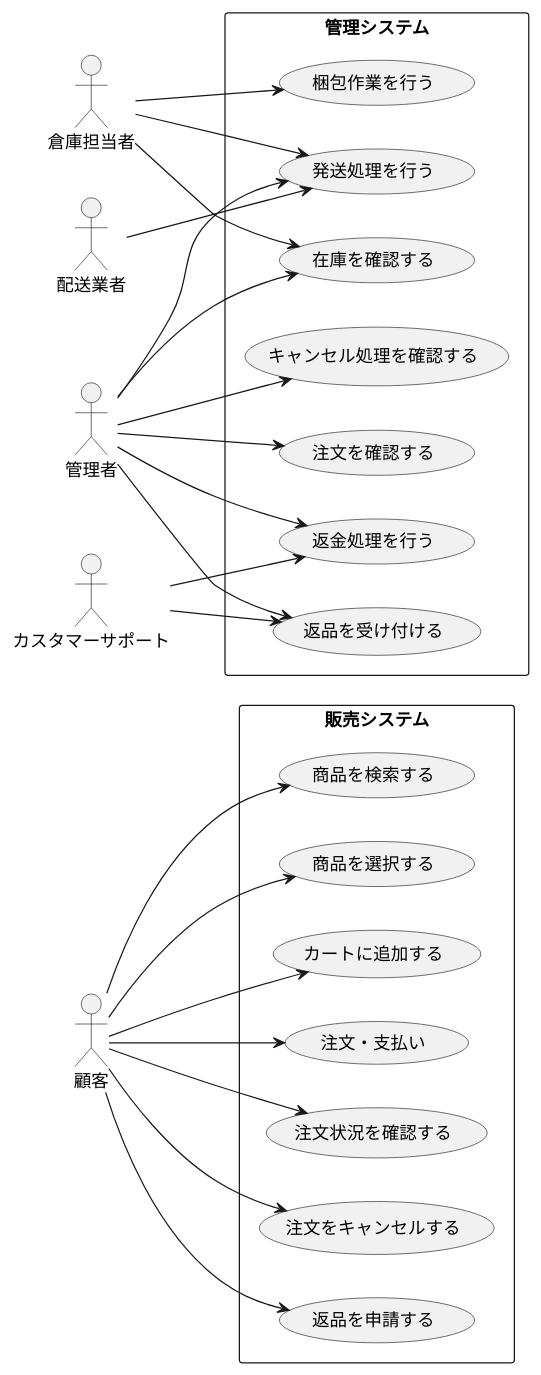
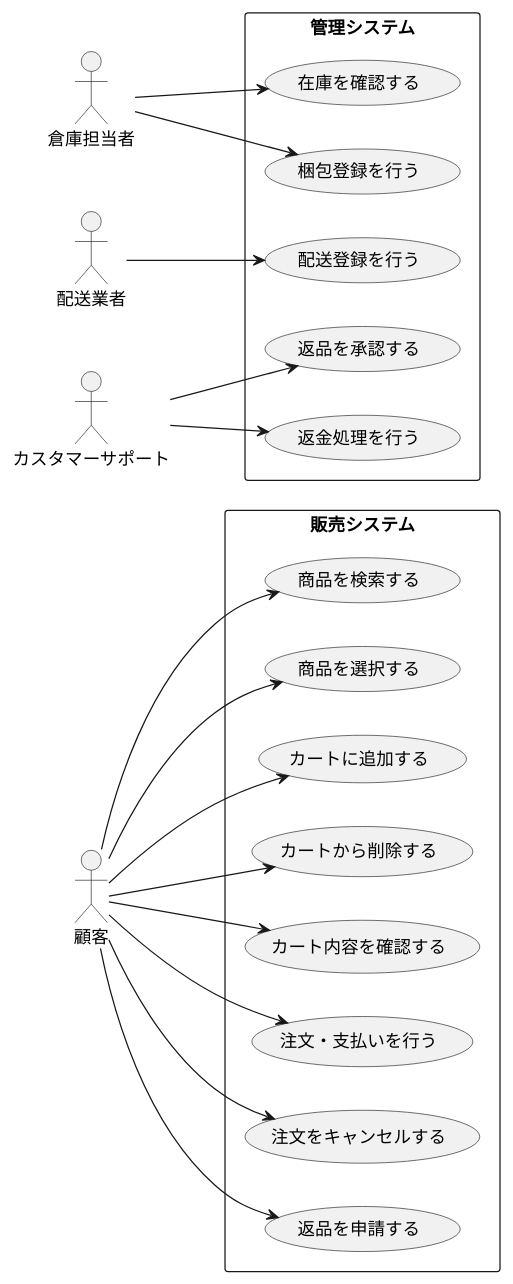
Before and after one commit to sugimoto0804/o-hara_uml: the diagram in group/bb_shop/usecase.pu, drawn with PlantUML. The commit also changed other lines of this file, not shown here.

```diff
--- a/group/bb_shop/usecase.pu
+++ b/group/bb_shop/usecase.pu
@@ -1,54 +1,49 @@
 @startuml
 left to right direction
-
+ 
 actor 顧客 as C
-actor 管理者 as A
 actor 倉庫担当者 as W
 actor 配送業者 as D
 actor カスタマーサポート as S
-
+ 
 rectangle 販売システム {
   usecase "商品を検索する" as UC1
   usecase "商品を選択する" as UC2
   usecase "カートに追加する" as UC3
-  usecase "注文・支払い" as UC4
-  usecase "注文状況を確認する" as UC5
-  usecase "注文をキャンセルする" as UC6
-  usecase "返品を申請する" as UC7
+  usecase "カートから削除する" as UC4
+  usecase "カート内容を確認する" as UC5
+  usecase "注文・支払いを行う" as UC6
+  usecase "注文をキャンセルする" as UC7
+  usecase "返品を申請する" as UC8
 }
-
+ 
 rectangle 管理システム {
-  usecase "注文を確認する" as UC8
   usecase "在庫を確認する" as UC9
-  usecase "発送処理を行う" as UC10
-  usecase "返品を受け付ける" as UC11
-  usecase "返金処理を行う" as UC12
-  usecase "キャンセル処理を確認する" as UC13
-  usecase "梱包作業を行う" as UC14
+  usecase "梱包登録を行う" as UC10
+  usecase "配送登録を行う" as UC11
+  usecase "返品を承認する" as UC12
+  usecase "返金処理を行う" as UC13
 }
-
+ 
+' 顧客操作
 C --> UC1
 C --> UC2
 C --> UC3
 C --> UC4
 C --> UC5
 C --> UC6
 C --> UC7
-
-A --> UC8
-A --> UC9
-A --> UC10
-A --> UC11
-A --> UC12
-A --> UC13
-
+C --> UC8
+ 
+' 倉庫担当者操作
 W --> UC9
-W --> UC14
 W --> UC10
-
-D --> UC10
-
-S --> UC11
+ 
+' 配送業者操作
+D --> UC11
+ 
+' カスタマーサポート操作
 S --> UC12
-
+S --> UC13
+ 
 @enduml
```
